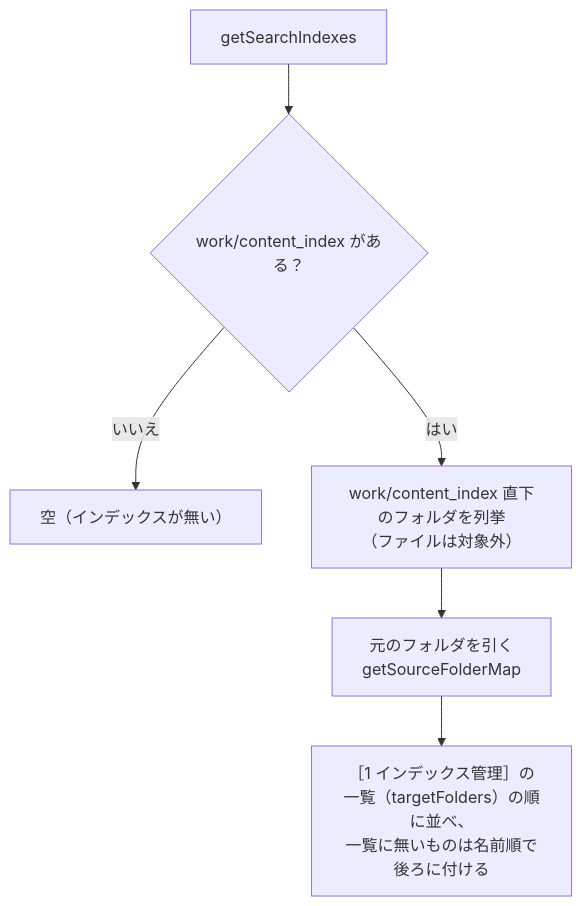
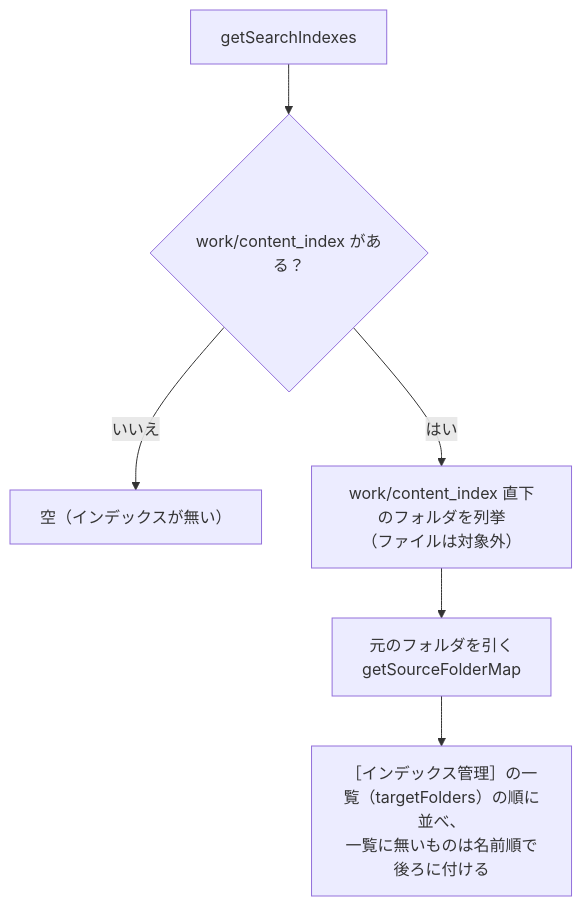
One commit to hsgwa/tebunko changed the first of 2 diagrams in docs/design/search/index.md. Above: the diagram before and after it, drawn with Mermaid. The commit also changed other lines of this file and 77 other files, not shown here.

````diff
--- a/docs/design/search/index.md
+++ b/docs/design/search/index.md
@@ -31,8 +31,8 @@
 ```mermaid
 flowchart TD
     A["getSearchIndexes"] --> B{"work/content_index がある？"}
     B -- いいえ --> Z["空（インデックスが無い）"]
     B -- はい --> C["work/content_index 直下のフォルダを列挙<br>（ファイルは対象外）"]
     C --> D["元のフォルダを引く<br>getSourceFolderMap"]
-    D --> E["［1 インデックス管理］の一覧（targetFolders）の順に並べ、<br>一覧に無いものは名前順で後ろに付ける"]
+    D --> E["［インデックス管理］の一覧（targetFolders）の順に並べ、<br>一覧に無いものは名前順で後ろに付ける"]
 ```
````
